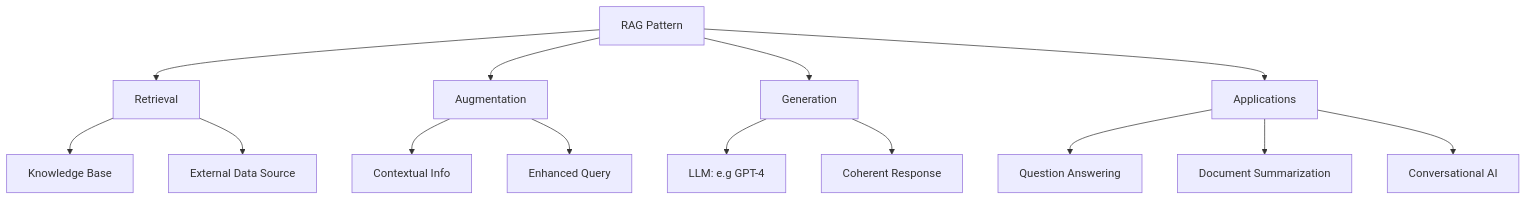
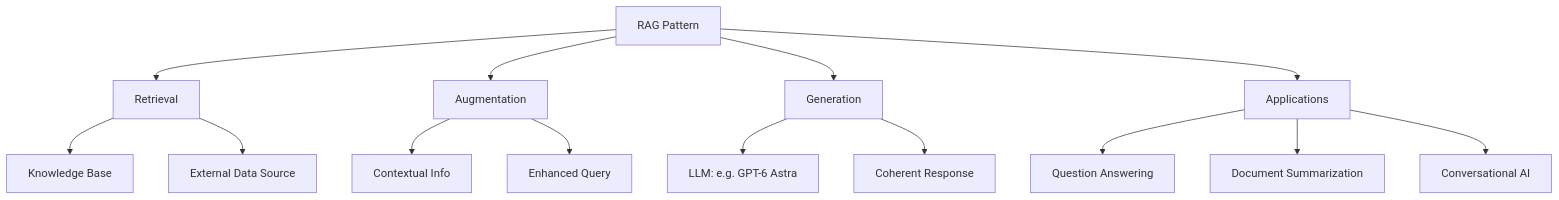
Before and after one commit to Cloud2BR-MSFTLearningHub/RAG-ChatBot-Implementation: the second of 2 diagrams in 0_RAG_Overview.md, drawn with Mermaid. The commit also changed other lines of this file and 8 other files, not shown here.

````diff
--- a/0_RAG_Overview.md
+++ b/0_RAG_Overview.md
@@ -67,17 +67,17 @@
 ```mermaid
  graph TD
     A[RAG Pattern]
     A --> B[Retrieval]
     B --> C[Knowledge Base]
     B --> D[External Data Source]
     A --> E[Augmentation]
     E --> F[Contextual Info]
     E --> G[Enhanced Query]
     A --> H[Generation]
-    H --> I[LLM: e.g GPT-4]
+    H --> I[LLM: e.g. GPT-6 Astra]
     H --> J[Coherent Response]
     A --> K[Applications]
     K --> L[Question Answering]
     K --> O[Document Summarization]
     K --> R[Conversational AI]
 ```
````
